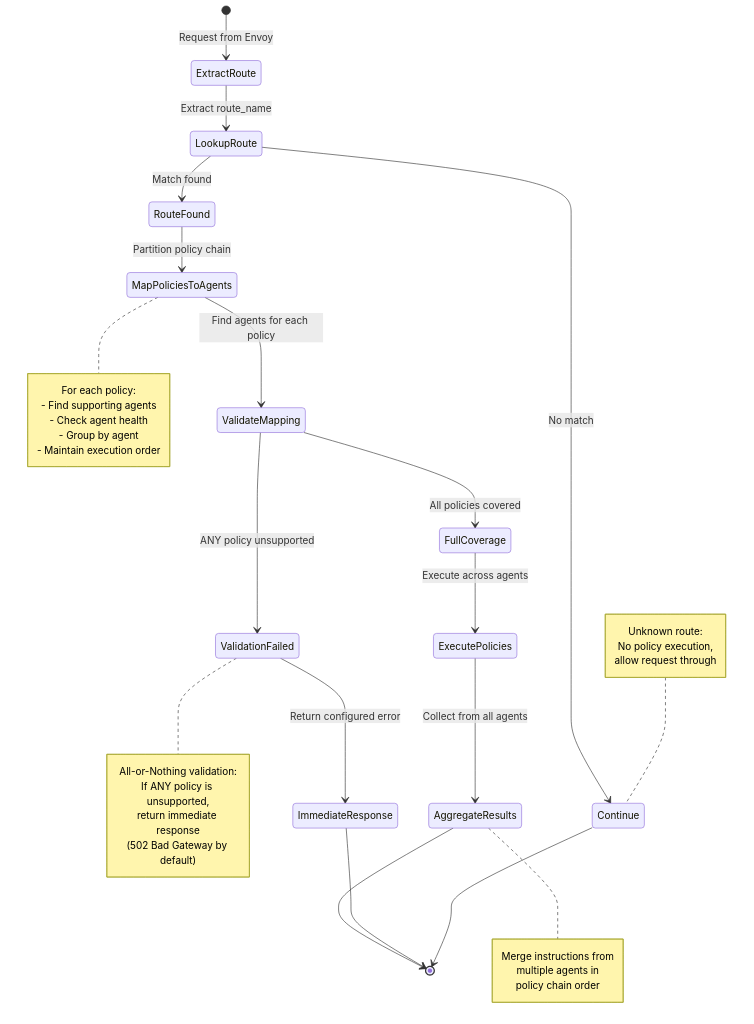
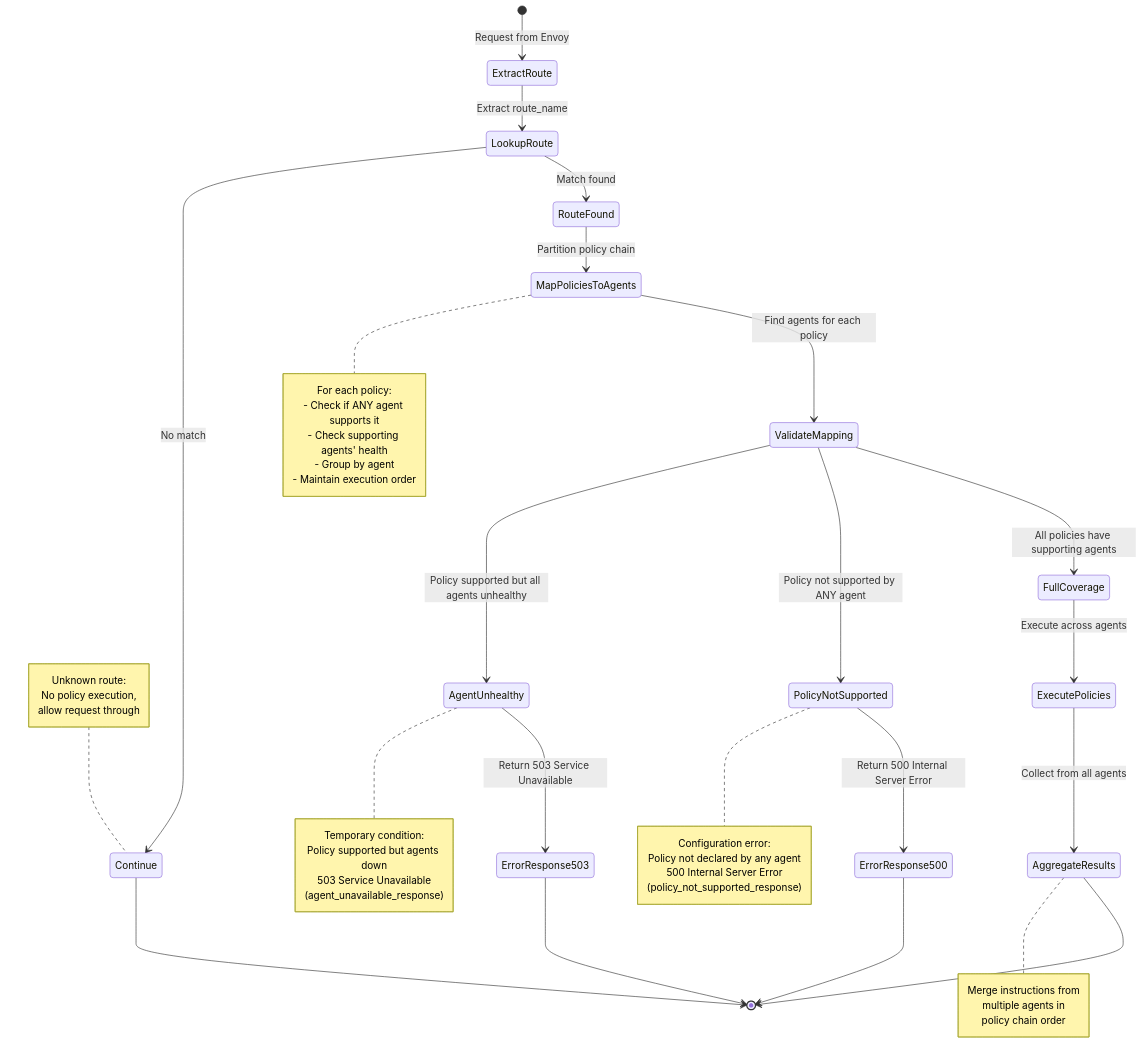
One commit to renuka-fernando/envoy-policy-engine changed the third of 6 diagrams in policy-kernel/SPEC.md. Above: the diagram before and after it, drawn with Mermaid. The commit also changed other lines of this file, not shown here.

Commit message:
Update spec: Split validation failure response into two configurations

````diff
--- a/policy-kernel/SPEC.md
+++ b/policy-kernel/SPEC.md
@@ -317,49 +386,59 @@
 ```mermaid
 stateDiagram-v2
     [*] --> ExtractRoute: Request from Envoy
     ExtractRoute --> LookupRoute: Extract route_name
 
     LookupRoute --> RouteFound: Match found
     LookupRoute --> Continue: No match
 
     RouteFound --> MapPoliciesToAgents: Partition policy chain
     MapPoliciesToAgents --> ValidateMapping: Find agents for each policy
 
-    ValidateMapping --> FullCoverage: All policies covered
-    ValidateMapping --> ValidationFailed: ANY policy unsupported
+    ValidateMapping --> FullCoverage: All policies have supporting agents
+    ValidateMapping --> PolicyNotSupported: Policy not supported by ANY agent
+    ValidateMapping --> AgentUnhealthy: Policy supported but all agents unhealthy
 
     FullCoverage --> ExecutePolicies: Execute across agents
-    ValidationFailed --> ImmediateResponse: Return configured error
+    PolicyNotSupported --> ErrorResponse500: Return 500 Internal Server Error
+    AgentUnhealthy --> ErrorResponse503: Return 503 Service Unavailable
 
     ExecutePolicies --> AggregateResults: Collect from all agents
     AggregateResults --> [*]
-    ImmediateResponse --> [*]
+    ErrorResponse500 --> [*]
+    ErrorResponse503 --> [*]
     Continue --> [*]
 
     note right of MapPoliciesToAgents
         For each policy:
-        - Find supporting agents
-        - Check agent health
+        - Check if ANY agent supports it
+        - Check supporting agents' health
         - Group by agent
         - Maintain execution order
     end note
 
     note left of Continue
         Unknown route:
         No policy execution,
         allow request through
     end note
 
-    note right of ValidationFailed
-        All-or-Nothing validation:
-        If ANY policy is unsupported,
-        return immediate response
-        (502 Bad Gateway by default)
+    note right of PolicyNotSupported
+        Configuration error:
+        Policy not declared by any agent
+        500 Internal Server Error
+        (policy_not_supported_response)
+    end note
+
+    note right of AgentUnhealthy
+        Temporary condition:
+        Policy supported but agents down
+        503 Service Unavailable
+        (agent_unavailable_response)
     end note
 
     note right of AggregateResults
         Merge instructions from
         multiple agents in
         policy chain order
     end note
 ```
````
